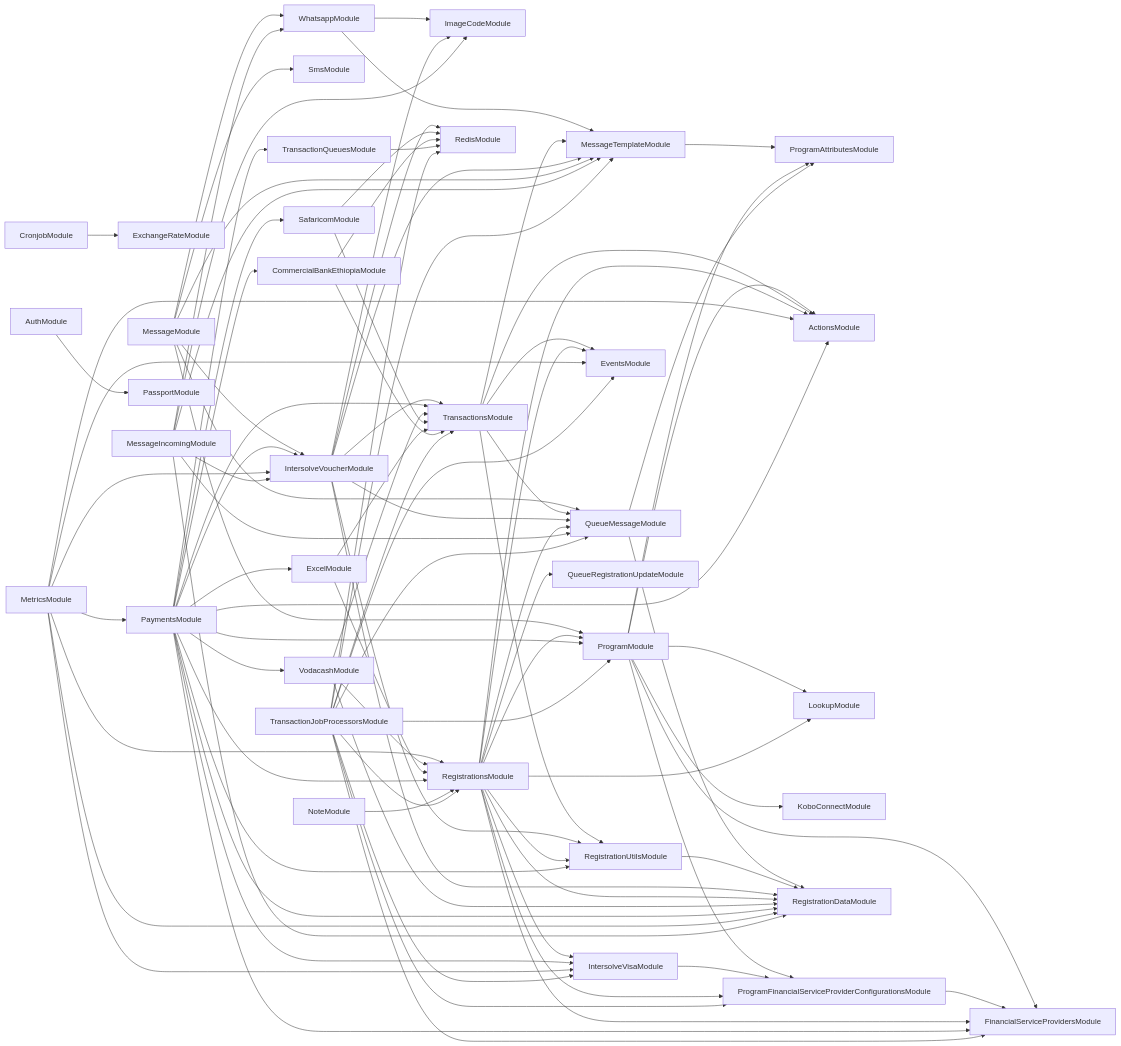
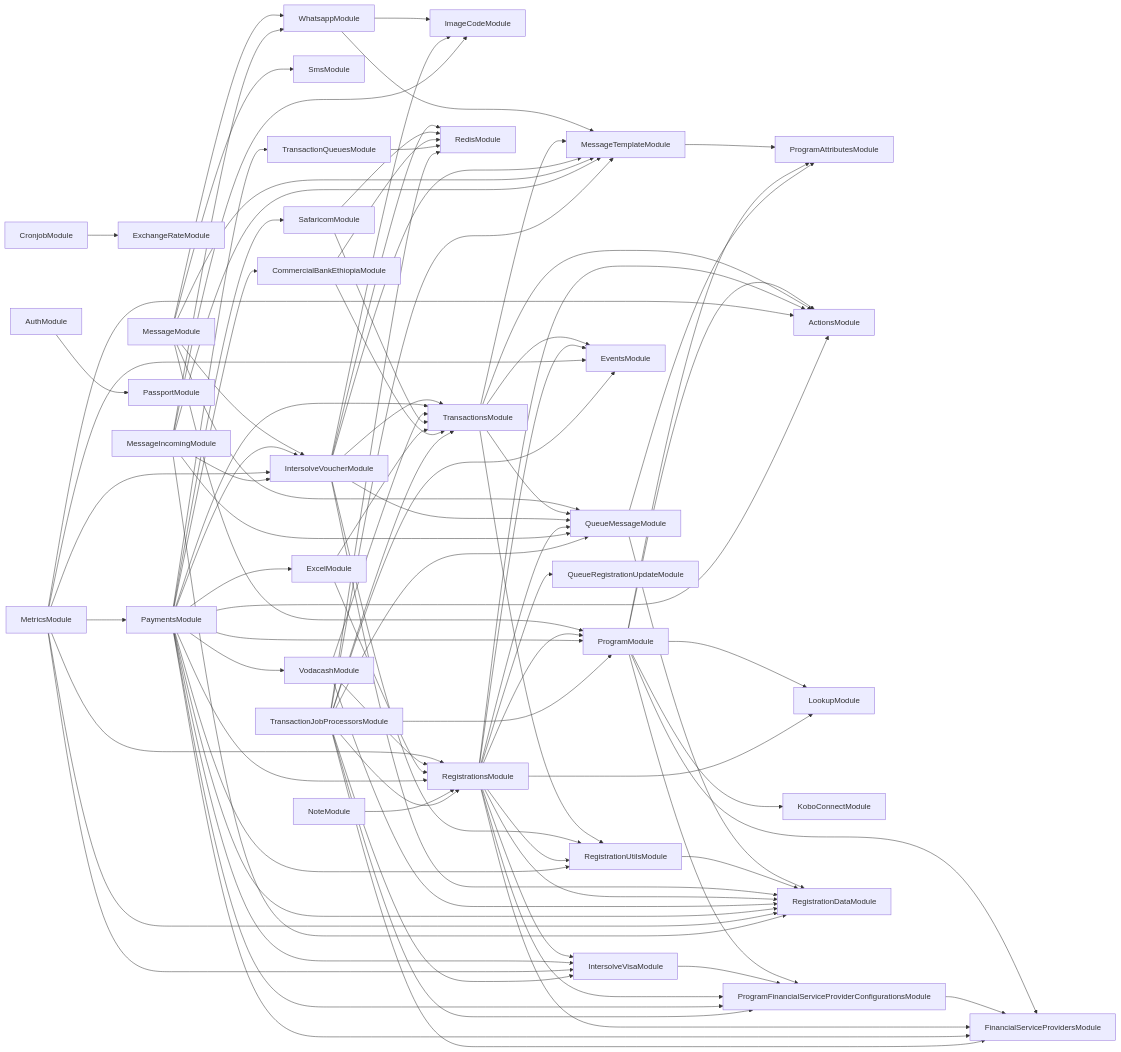
Before and after one commit to global-121/121-platform: the diagram in services/121-service/module-dependencies.md, drawn with Mermaid. The commit also changed 3 other files, not shown here.

```diff
--- a/services/121-service/module-dependencies.md
+++ b/services/121-service/module-dependencies.md
@@ -73,6 +73,7 @@
   PaymentsModule-->TransactionQueuesModule
   TransactionQueuesModule-->RedisModule
   PaymentsModule-->FinancialServiceProvidersModule
+  PaymentsModule-->ProgramFinancialServiceProviderConfigurationsModule
   MetricsModule-->IntersolveVisaModule
   MetricsModule-->IntersolveVoucherModule
   MetricsModule-->EventsModule
```
